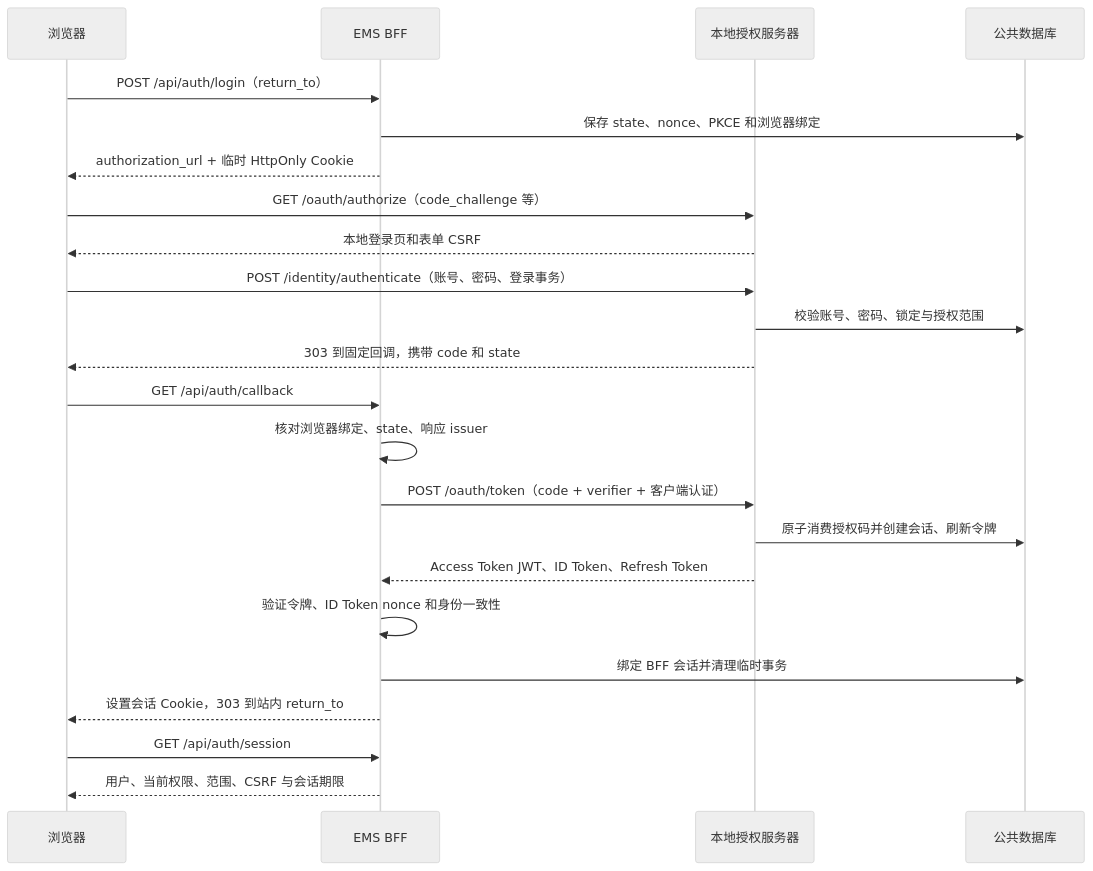
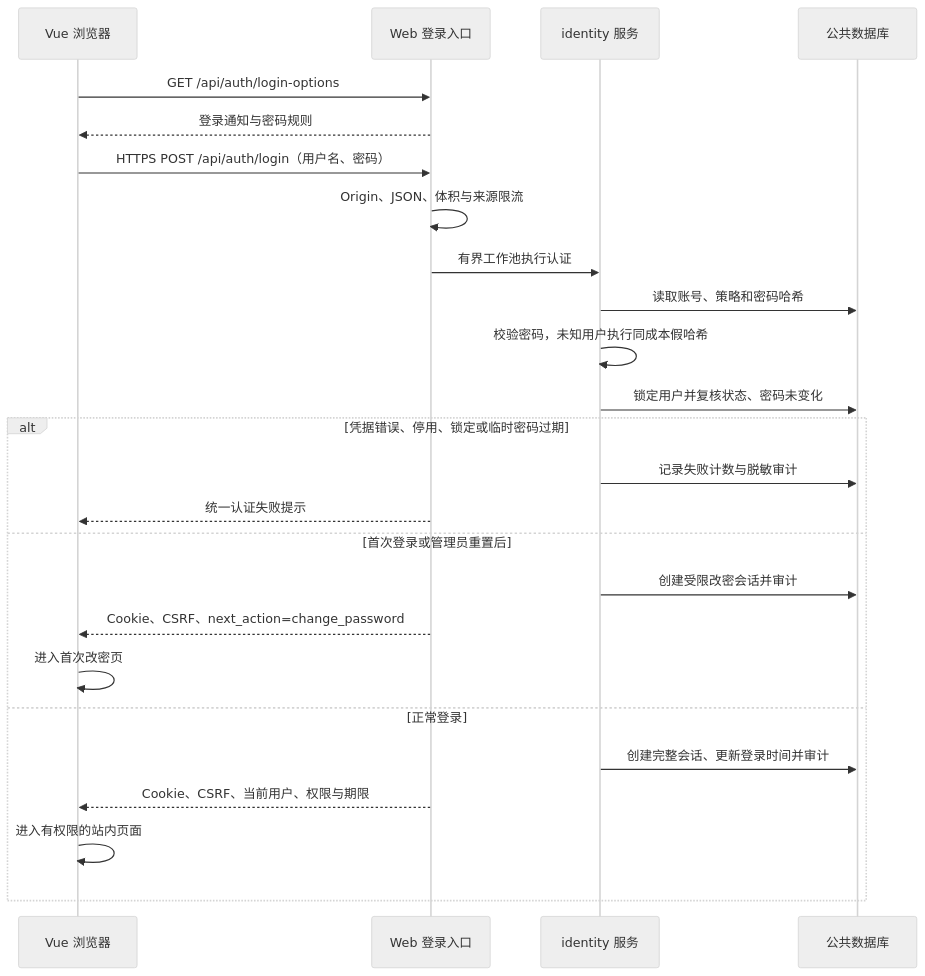
Before and after one commit to 600888/ems: the diagram in website/docs/processes/web/user/login.md, drawn with Mermaid (neutral theme). The commit also changed other lines of this file and 61 other files, not shown here.

````diff
--- a/website/docs/processes/web/user/login.md
+++ b/website/docs/processes/web/user/login.md
@@ -54,25 +46,27 @@
 ```mermaid
 sequenceDiagram
-    participant U as 浏览器
-    participant B as EMS BFF
-    participant A as 本地授权服务器
+    participant B as Vue 浏览器
+    participant W as Web 登录入口
+    participant I as identity 服务
     participant D as 公共数据库
-    U->>B: POST /api/auth/login（return_to）
-    B->>D: 保存 state、nonce、PKCE 和浏览器绑定
-    B-->>U: authorization_url + 临时 HttpOnly Cookie
-    U->>A: GET /oauth/authorize（code_challenge 等）
-    A-->>U: 本地登录页和表单 CSRF
-    U->>A: POST /identity/authenticate（账号、密码、登录事务）
-    A->>D: 校验账号、密码、锁定与授权范围
-    A-->>U: 303 到固定回调，携带 code 和 state
-    U->>B: GET /api/auth/callback
-    B->>B: 核对浏览器绑定、state、响应 issuer
-    B->>A: POST /oauth/token（code + verifier + 客户端认证）
-    A->>D: 原子消费授权码并创建会话、刷新令牌
-    A-->>B: Access Token JWT、ID Token、Refresh Token
-    B->>B: 验证令牌、ID Token nonce 和身份一致性
-    B->>D: 绑定 BFF 会话并清理临时事务
-    B-->>U: 设置会话 Cookie，303 到站内 return_to
-    U->>B: GET /api/auth/session
-    B-->>U: 用户、当前权限、范围、CSRF 与会话期限
+    B->>W: GET /api/auth/login-options
+    W-->>B: 登录通知与密码规则
+    B->>W: HTTPS POST /api/auth/login（用户名、密码）
+    W->>W: Origin、JSON、体积与来源限流
+    W->>I: 有界工作池执行认证
+    I->>D: 读取账号、策略和密码哈希
+    I->>I: 校验密码，未知用户执行同成本假哈希
+    I->>D: 锁定用户并复核状态、密码未变化
+    alt 凭据错误、停用、锁定或临时密码过期
+        I->>D: 记录失败计数与脱敏审计
+        W-->>B: 统一认证失败提示
+    else 首次登录或管理员重置后
+        I->>D: 创建受限改密会话并审计
+        W-->>B: Cookie、CSRF、next_action=change_password
+        B->>B: 进入首次改密页
+    else 正常登录
+        I->>D: 创建完整会话、更新登录时间并审计
+        W-->>B: Cookie、CSRF、当前用户、权限与期限
+        B->>B: 进入有权限的站内页面
+    end
 ```
````
